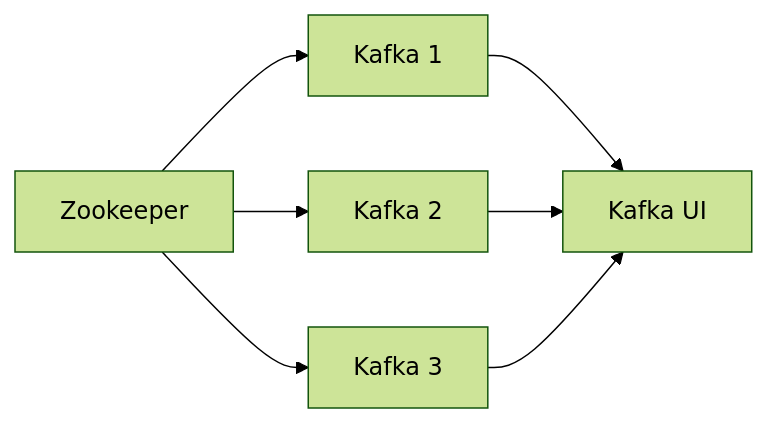
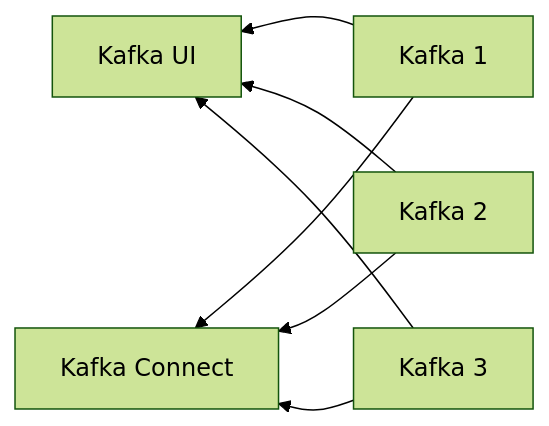
The diagram in README.md (mo-zza/kafka_setup), drawn with Mermaid (forest theme) before and after one commit.

Commit message:
docs: remove zookeeper

````diff
--- a/README.md
+++ b/README.md
@@ -16,9 +16,9 @@
 ```mermaid
-graph LR
-ZK[Zookeeper] --> K1[Kafka 1]
-ZK[Zookeeper] --> K2[Kafka 2]
-ZK[Zookeeper] --> K3[Kafka 3]
+graph RL
 K1[Kafka 1] --> KUI[Kafka UI]
-K2[Kafka 2] --> KUI[Kafka UI]
-K3[Kafka 3] --> KUI[Kafka UI]
+K2[Kafka 2] --> KUI
+K3[Kafka 3] --> KUI
+K1 --> KC[Kafka Connect]
+K2 --> KC
+K3 --> KC
 ```
````
